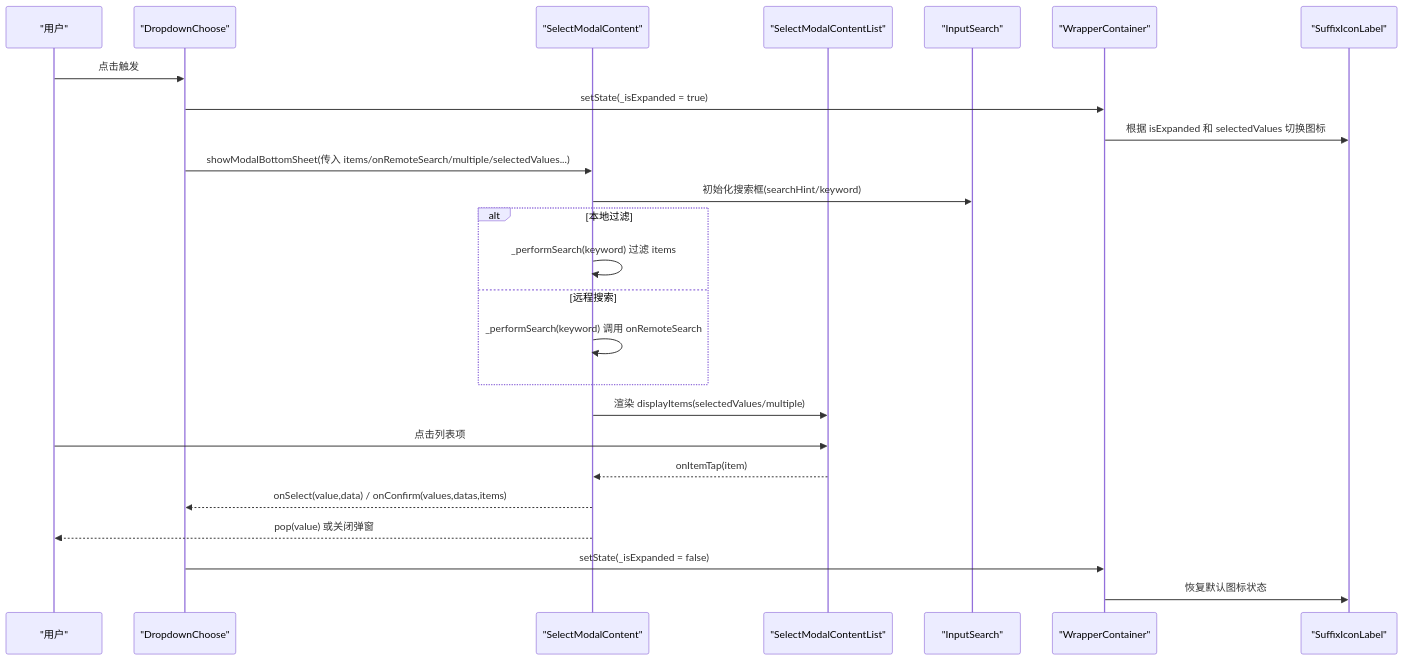
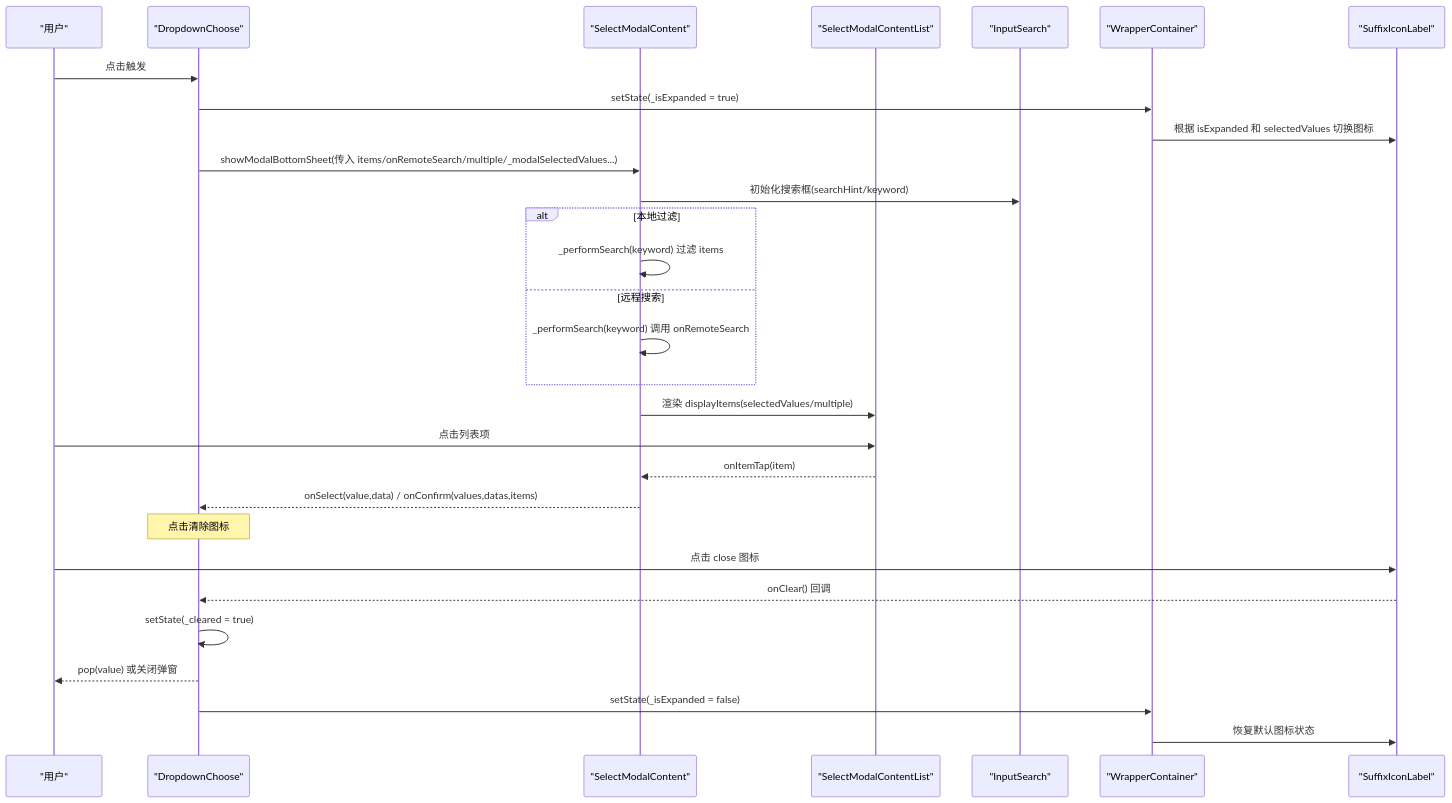
Before and after one commit to yuzhido/lite-ui: the second of 3 diagrams in .qoder/repowiki/zh/content/API 参考/高级组件 API/DropdownChoose 下拉选择器 API.md, drawn with Mermaid. The commit also changed other lines of this file and 37 other files, not shown here.

````diff
--- a/.qoder/repowiki/zh/content/API 参考/高级组件 API/DropdownChoose 下拉选择器 API.md
+++ b/.qoder/repowiki/zh/content/API 参考/高级组件 API/DropdownChoose 下拉选择器 API.md
@@ -93,27 +94,31 @@
 ```mermaid
 sequenceDiagram
 participant U as "用户"
 participant DC as "DropdownChoose"
 participant SM as "SelectModalContent"
 participant L as "SelectModalContentList"
 participant S as "InputSearch"
 participant W as "WrapperContainer"
 participant I as "SuffixIconLabel"
 U->>DC : 点击触发
 DC->>W : setState(_isExpanded = true)
 W->>I : 根据 isExpanded 和 selectedValues 切换图标
-DC->>SM : showModalBottomSheet(传入 items/onRemoteSearch/multiple/selectedValues...)
+DC->>SM : showModalBottomSheet(传入 items/onRemoteSearch/multiple/_modalSelectedValues...)
 SM->>S : 初始化搜索框(searchHint/keyword)
 alt 本地过滤
 SM->>SM : _performSearch(keyword) 过滤 items
 else 远程搜索
 SM->>SM : _performSearch(keyword) 调用 onRemoteSearch
 end
 SM->>L : 渲染 displayItems(selectedValues/multiple)
 U->>L : 点击列表项
 L-->>SM : onItemTap(item)
 SM-->>DC : onSelect(value,data) / onConfirm(values,datas,items)
-SM-->>U : pop(value) 或关闭弹窗
+Note over DC : 点击清除图标
+U->>I : 点击 close 图标
+I-->>DC : onClear() 回调
+DC->>DC : setState(_cleared = true)
+DC-->>U : pop(value) 或关闭弹窗
 DC->>W : setState(_isExpanded = false)
 W->>I : 恢复默认图标状态
 ```
````
